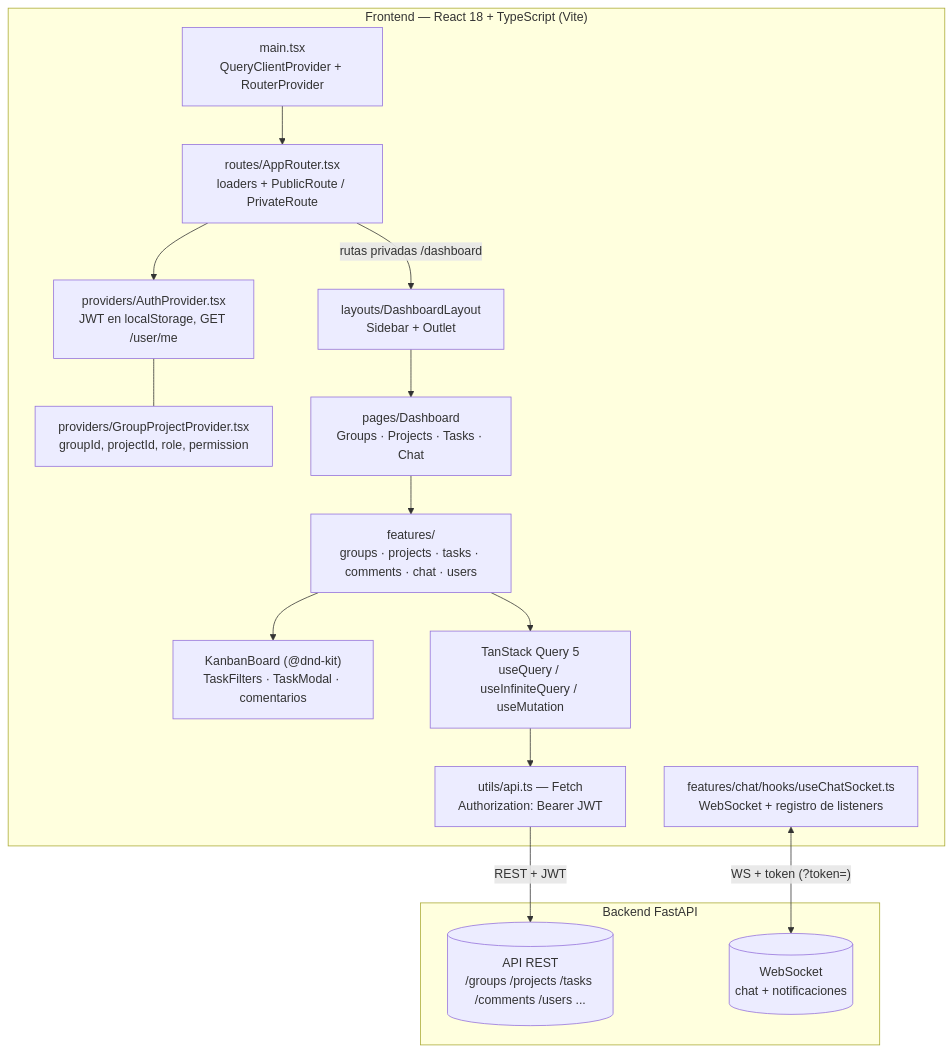
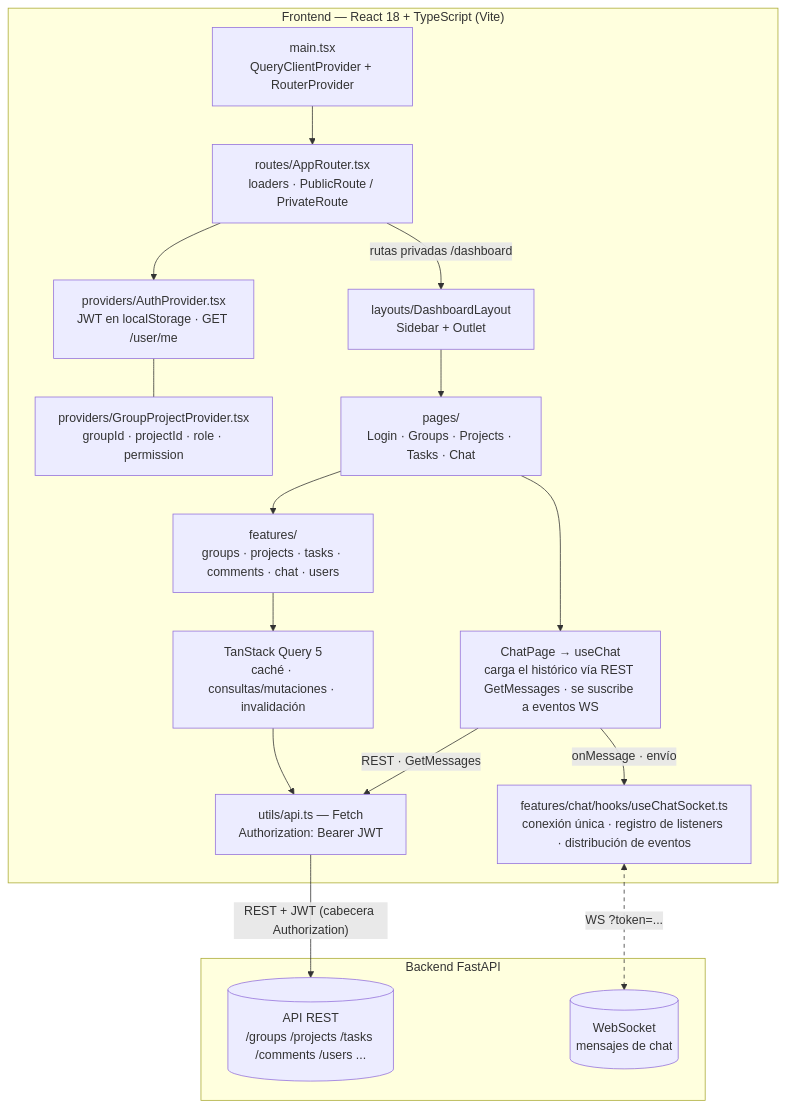
One commit to SrStamm/front-task-api-vanilla changed the diagram in README.es.md. Above: the diagram before and after it, drawn with Mermaid. The commit also changed other lines of this file and 3 other files, not shown here.

````diff
--- a/README.es.md
+++ b/README.es.md
@@ -28,33 +27,36 @@
 ```mermaid
 flowchart TD
     subgraph SPA["Frontend — React 18 + TypeScript (Vite)"]
         main["main.tsx<br/>QueryClientProvider + RouterProvider"]
-        router["routes/AppRouter.tsx<br/>loaders + PublicRoute / PrivateRoute"]
-        authP["providers/AuthProvider.tsx<br/>JWT en localStorage, GET /user/me"]
-        gpP["providers/GroupProjectProvider.tsx<br/>groupId, projectId, role, permission"]
+        router["routes/AppRouter.tsx<br/>loaders · PublicRoute / PrivateRoute"]
+        authP["providers/AuthProvider.tsx<br/>JWT en localStorage · GET /user/me"]
+        gpP["providers/GroupProjectProvider.tsx<br/>groupId · projectId · role · permission"]
         layout["layouts/DashboardLayout<br/>Sidebar + Outlet"]
-        pages["pages/Dashboard<br/>Groups · Projects · Tasks · Chat"]
+        pages["pages/<br/>Login · Groups · Projects · Tasks · Chat"]
         feats["features/<br/>groups · projects · tasks · comments · chat · users"]
-        kanban["KanbanBoard (@dnd-kit)<br/>TaskFilters · TaskModal · comentarios"]
-        qf["TanStack Query 5<br/>useQuery / useInfiniteQuery / useMutation"]
+        chatU["ChatPage → useChat<br/>carga el histórico vía REST GetMessages · se suscribe a eventos WS"]
+        qf["TanStack Query 5<br/>caché · consultas/mutaciones · invalidación"]
         api["utils/api.ts — Fetch<br/>Authorization: Bearer JWT"]
-        ws["features/chat/hooks/useChatSocket.ts<br/>WebSocket + registro de listeners"]
+        ws["features/chat/hooks/useChatSocket.ts<br/>conexión única · registro de listeners · distribución de eventos"]
     end
 
     subgraph API["Backend FastAPI"]
         rest[("API REST<br/>/groups /projects /tasks /comments /users ...")]
-        wss[("WebSocket<br/>chat + notificaciones")]
+        wss[("WebSocket<br/>mensajes de chat")]
     end
 
     main --> router
     router --> authP
     router -->|"rutas privadas /dashboard"| layout
     authP --- gpP
     layout --> pages
     pages --> feats
-    feats --> kanban
     feats --> qf
     qf --> api
-    api -->|"REST + JWT"| rest
-    ws <-->|"WS + token (?token=)"| wss
+    api -->|"REST + JWT (cabecera Authorization)"| rest
+    pages --> chatU
+    chatU -->|"REST · GetMessages"| api
+    chatU -->|"onMessage · envío"| ws
+    ws <-->|"WS ?token=..."| wss
+    linkStyle 12 stroke-dasharray: 5 5
 ```
````
